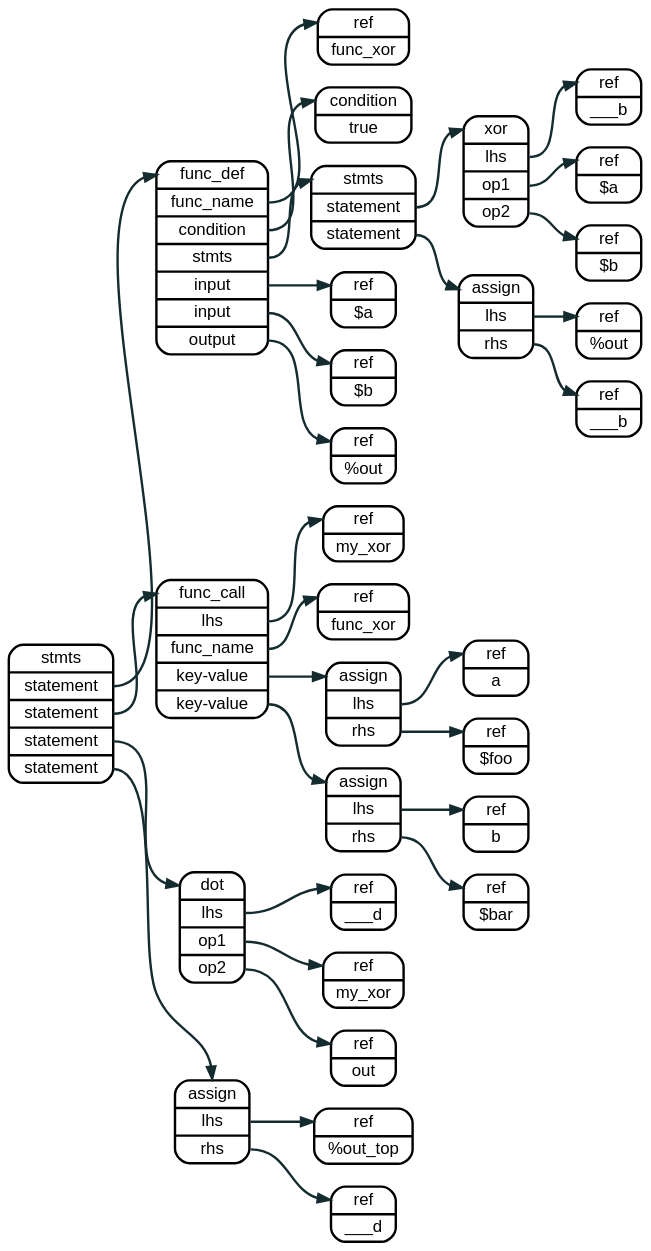
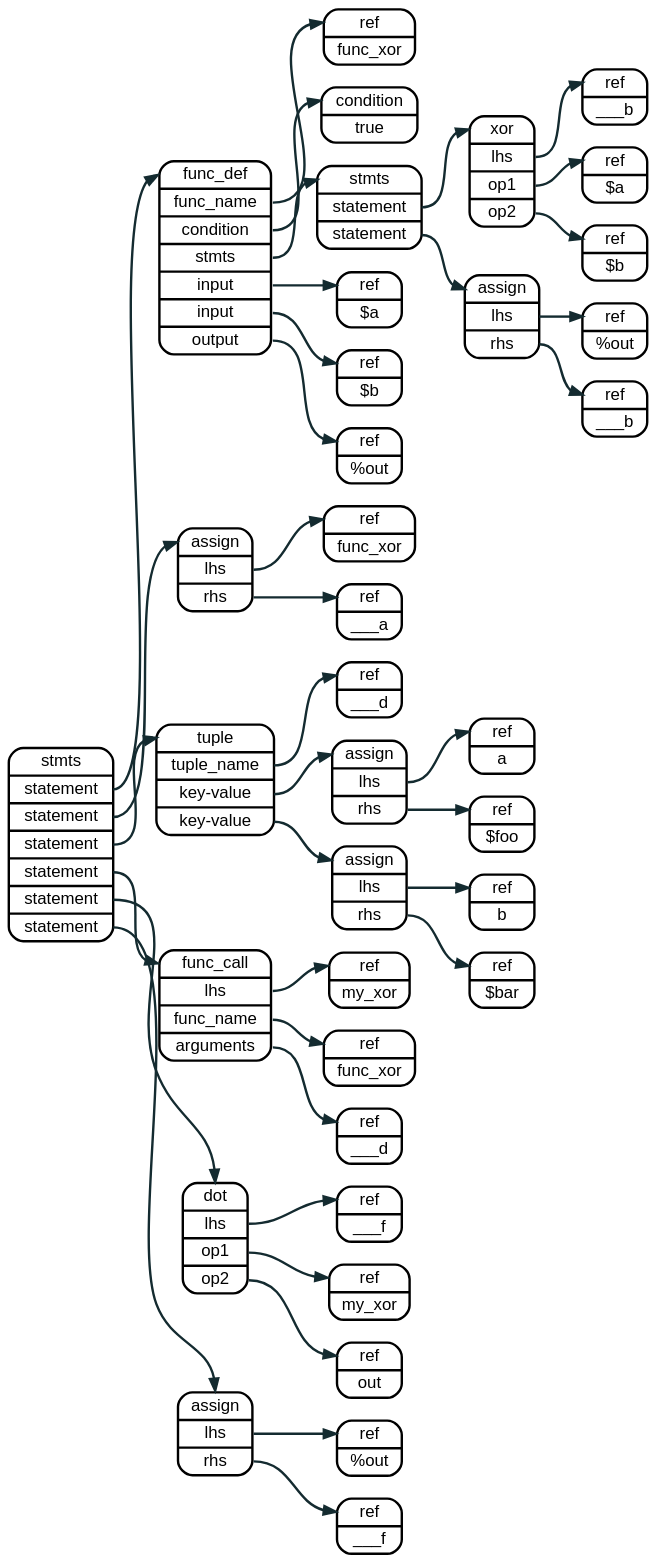
The diagram in source/graphviz/function_call_exp.dot (sakshi15108/lnast-doc), drawn with Graphviz before and after one commit. The commit also changed 5 other files, not shown here.

```diff
--- a/source/graphviz/function_call_exp.dot
+++ b/source/graphviz/function_call_exp.dot
@@ -1,92 +1,109 @@
 digraph assign {
   rankdir=LR
   bgcolor="transparent"
 
   node  [fontname = "helvetica", shape=record, style="rounded", penwidth = 2];
   edge  [fontname = "helvetica", color="#142b30", arrowhead="normal", penwidth = 2];
   graph [fontname = "helvetica"];
 
   
 
-  node0 [label = "<a> stmts | <s1> statement | <s2> statement | <s3> statement |  <s4> statement" ];
+  node0 [label = "<a> stmts | <s1> statement | <s2> statement | <s3> statement |  <s4> statement | <s5> statement | <s6> statement" ];
   node1 [label = "<a> func_def | <n> func_name | <cond> condition | <stmts> stmts |<io1> input | <io2> input |  <io3> output "]
   node2 [label = "<a> ref   | <l> func_xor"];
-  node3 [label = "<a> ref   | <l> $a"];
-  node4 [label = "<a> ref   | <l> $b"];
-  node5 [label = "<a> ref   | <l> %out"];
-  node6 [label = "<a> stmts | <s1> statement | <s2> statement"];
+  node3 [label = "<a> condition | <l> true"];
+  node4 [label = "<a> stmts | <s1> statement | <s2> statement"];
+  node5 [label = "<a> ref   | <l> $a"];
+  node6 [label = "<a> ref   | <l> $b"];
+  node7 [label = "<a> ref   | <l> %out"];
 
-  node7 [label = "<a> xor | <l> lhs | <r1> op1 | <r2> op2 "];
-  node8 [label = "<a> ref   | <l> ___b"];
-  node9 [label = "<a> ref   | <l> $a"];
-  nodea [label = "<a> ref   | <l> $b"];
+  node8 [label = "<a> xor | <l> lhs | <r1> op1 | <r2> op2 "];
+  node9 [label = "<a> ref   | <l> ___b"];
+  nodea [label = "<a> ref   | <l> $a"];
+  nodeb [label = "<a> ref   | <l> $b"];
 
-  nodeb [label = "<a> assign | <l> lhs  | <r> rhs"];
-  nodec [label = "<a> ref   | <l> %out"];
-  noded [label = "<a> ref   | <l> ___b"];
+  nodec [label = "<a> assign | <l> lhs  | <r> rhs"];
+  noded [label = "<a> ref   | <l> %out"];
+  nodee [label = "<a> ref   | <l> ___b"];
 
-  nodee [label = "<a> condition | <l> true"];
+  nodef [label = "<a> assign | <l> lhs  | <r> rhs"];
+  nodeg [label = "<a> ref   | <l> func_xor"];
+  nodeh [label = "<a> ref   | <l> \___a"];
 
-  nodef [label = "<a> func_call | <l> lhs | <n> func_name | <kv1> key-value | <kv2>  key-value"];
-  nodeg [label = "<a> ref | <l> my_xor"];
-  nodeh [label = "<a> ref | <l> func_xor"];
+  
+  nodei [label = "<a> tuple   | <n> tuple_name | <kv1> key-value | <kv2> key-value"]
+  nodej [label = "<a> ref   | <l> ___d"];
 
-  nodei[label = "<a> assign | <l> lhs | <r> rhs"]
-  nodex1[label = "<a> ref | <l> a"];
-  nodex2[label = "<a> ref | <l> $foo"];
-  
-  nodej[label = "<a> assign | <l> lhs | <r> rhs"]
-  nodex3[label = "<a> ref | <l> b"];
-  nodex4[label = "<a> ref | <l> $bar"];
+  nodek [label = "<a> assign | <l> lhs  | <r> rhs"];
+  nodel [label = "<a> ref    | <l> a"];
+  nodem [label = "<a> ref    | <l> $foo"];
+
+  noden [label = "<a> assign | <l> lhs  | <r> rhs"];
+  nodeo [label = "<a> ref    | <l> b"];
+  nodep [label = "<a> ref    | <l> $bar"];
+
+  nodeq [label = "<a> func_call | <l> lhs | <n> func_name | <tp> arguments"];
+  noder [label = "<a> ref | <l> my_xor"];
+  nodes [label = "<a> ref | <l> func_xor"];
+  nodet [label = "<a> ref | <l> ___d"];
 
 
-  nodek [label = "<a> dot | <l> lhs | <r1> op1 | <r2> op2 "];
-  nodel [label = "<a> ref   | <l> ___d"];
-  nodem [label = "<a> ref   | <l> my_xor"];
-  noden [label = "<a> ref   | <l> out"];
+  nodeu [label = "<a> dot | <l> lhs | <r1> op1 | <r2> op2 "];
+  nodev [label = "<a> ref   | <l> ___f"];
+  nodew [label = "<a> ref   | <l> my_xor"];
+  nodex [label = "<a> ref   | <l> out"];
 
-  nodeo [label = "<a> assign | <l> lhs  | <r> rhs"];
-  nodep [label = "<a> ref   | <l> %out_top"];
-  nodeq [label = "<a> ref   | <l> ___d"];
+  nodey  [label = "<a> assign | <l> lhs  | <r> rhs"];
+  nodez  [label = "<a> ref   | <l> %out"];
+  nodeaa [label = "<a> ref   | <l> ___f"];
 
 
 
   node0:s1  -> node1:a;
   node0:s2  -> nodef:a;
-  node0:s3  -> nodek:a;
-  node0:s4  -> nodeo:a;
+  node0:s3  -> nodei:a;
+  node0:s4  -> nodeq:a;
+  node0:s5  -> nodeu:a;
+  node0:s6  -> nodey:a;
 
-  node1:n   -> node2:a;
-  node1:stmts -> node6:a;
-  node1:cond  -> nodee:a;
-  node1:io1 -> node3:a;
-  node1:io2 -> node4:a;
-  node1:io3 -> node5:a;
+  node1:n     -> node2:a;
+  node1:cond  -> node3:a;
+  node1:stmts -> node4:a;
+  node1:io1   -> node5:a;
+  node1:io2   -> node6:a;
+  node1:io3   -> node7:a;
 
-  node6:s1 -> node7:a;
-  node6:s2 -> nodeb:a;
+  node4:s1 -> node8:a;
+  node4:s2 -> nodec:a;
 
-  node7:l -> node8:a;
-  node7:r1 -> node9:a;
-  node7:r2 -> nodea:a;
+  node8:l  -> node9:a;
+  node8:r1 -> nodea:a;
+  node8:r2 -> nodeb:a;
+
+  nodec:l  -> noded:a;
+  nodec:r  -> nodee:a;
+
+  nodef:l  -> nodeg:a;
+  nodef:r  -> nodeh:a;
   
-  nodeb:l -> nodec:a;
-  nodeb:r -> noded:a;
+  nodei:n   -> nodej:a;
+  nodei:kv1 -> nodek:a;
+  nodei:kv2 -> noden:a;
 
-  nodef:l -> nodeg:a;
-  nodef:n -> nodeh:a;
-  nodef:kv1 -> nodei:a;
-  nodef:kv2 -> nodej:a;
+  nodek:l -> nodel:a;
+  nodek:r -> nodem:a;
 
-  nodek:l  -> nodel:a;
-  nodek:r1 -> nodem:a;
-  nodek:r2 -> noden:a;
+  noden:l -> nodeo:a;
+  noden:r -> nodep:a;
 
-  nodeo:l -> nodep:a;
-  nodeo:r -> nodeq:a;
+  nodeq:l -> noder:a;
+  nodeq:n -> nodes:a;
+  nodeq:tp-> nodet:a;
 
-  nodei:l -> nodex1:a;
-  nodei:r -> nodex2:a;
-  nodej:l -> nodex3:a;
-  nodej:r -> nodex4:a;
+  nodeu:l -> nodev:a;
+  nodeu:r1 -> nodew:a;
+  nodeu:r2 -> nodex:a;
+
+  nodey:l -> nodez:a;
+  nodey:r -> nodeaa:a;
 }
```
